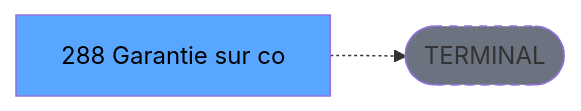
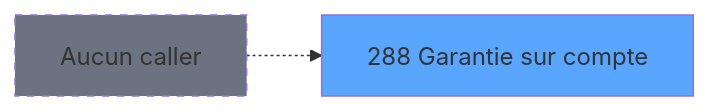
The third of 4 diagrams in .openspec/specs/ADH-IDE-288.md (thonyAGP/magic-migration), drawn with Mermaid before and after one commit. The commit also changed other lines of this file and 253 other files, not shown here.

````diff
--- a/.openspec/specs/ADH-IDE-288.md
+++ b/.openspec/specs/ADH-IDE-288.md
@@ -155,8 +2104,8 @@
 ```mermaid
 graph LR
-    T[288 Garantie sur co]
-    TERM([TERMINAL])
-    T -.-> TERM
-    style TERM fill:#6b7280,stroke-dasharray: 5 5
-    style T fill:#58a6ff,color:#000
+    T288[288 Garantie sur compte]
+    style T288 fill:#58a6ff
+    NONE[Aucun caller]
+    NONE -.-> T288
+    style NONE fill:#6b7280,stroke-dasharray: 5 5
 ```
````
